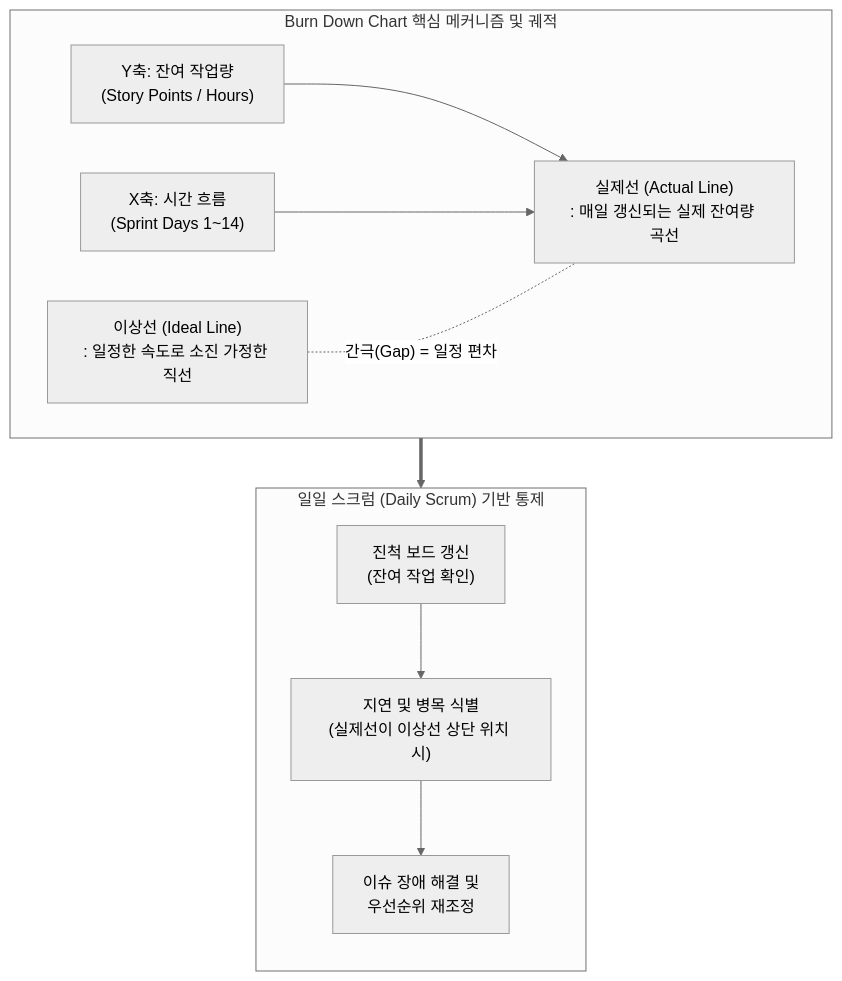
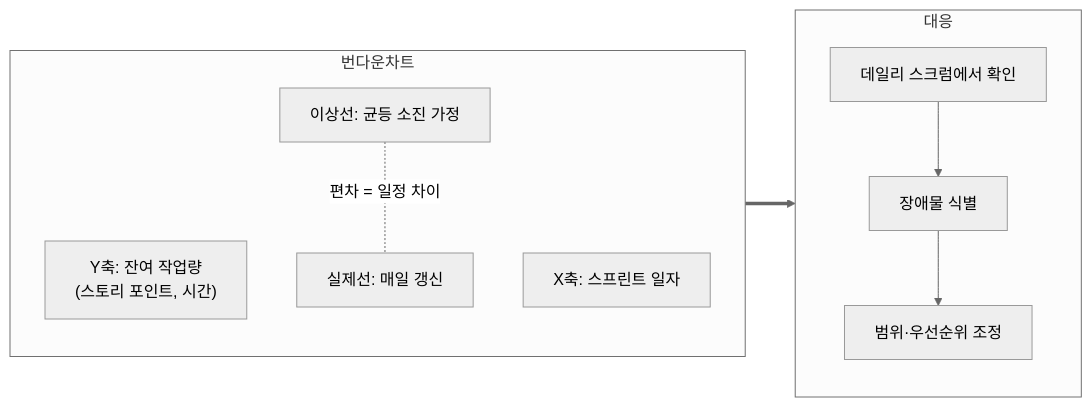
One commit to supremethumb/supremethumb.github.io changed the diagram in content/01_IT Tech/번다운차트.md. Above: the diagram before and after it, drawn with Mermaid (neutral theme). The commit also changed other lines of this file and 1087 other files, not shown here.

````diff
--- a/content/01_IT Tech/번다운차트.md
+++ b/content/01_IT Tech/번다운차트.md
@@ -28,27 +35,16 @@
 ```mermaid
-flowchart TB
-    subgraph BurnDown["Burn Down Chart 핵심 메커니즘 및 궤적"]
-        direction LR
-        Y_Axis["Y축: 잔여 작업량<br/>(Story Points / Hours)"]
-        X_Axis["X축: 시간 흐름<br/>(Sprint Days 1~14)"]
-        
-        Ideal["이상선 (Ideal Line)<br/>: 일정한 속도로 소진 가정한 직선"]
-        Actual["실제선 (Actual Line)<br/>: 매일 갱신되는 실제 잔여량 곡선"]
-        
-        Y_Axis --> Actual
-        X_Axis --> Actual
-        Ideal -. "간극(Gap) = 일정 편차" .- Actual
+flowchart LR
+    subgraph Chart ["번다운차트"]
+        direction TB
+        Y["Y축: 잔여 작업량<br/>(스토리 포인트, 시간)"]
+        X["X축: 스프린트 일자"]
+        I["이상선: 균등 소진 가정"]
+        A["실제선: 매일 갱신"]
+        I -. "편차 = 일정 차이" .- A
     end
-    
-    subgraph Action["일일 스크럼 (Daily Scrum) 기반 통제"]
+    subgraph Act ["대응"]
         direction TB
-        Check["진척 보드 갱신<br/>(잔여 작업 확인)"]
-        Identify["지연 및 병목 식별<br/>(실제선이 이상선 상단 위치 시)"]
-        Resolve["이슈 장애 해결 및<br/>우선순위 재조정"]
-        
-        Check --> Identify --> Resolve
+        C1["데일리 스크럼에서 확인"] --> C2["장애물 식별"] --> C3["범위·우선순위 조정"]
     end
-    
-    BurnDown ==> Action
-
+    Chart ==> Act
 ```
````
